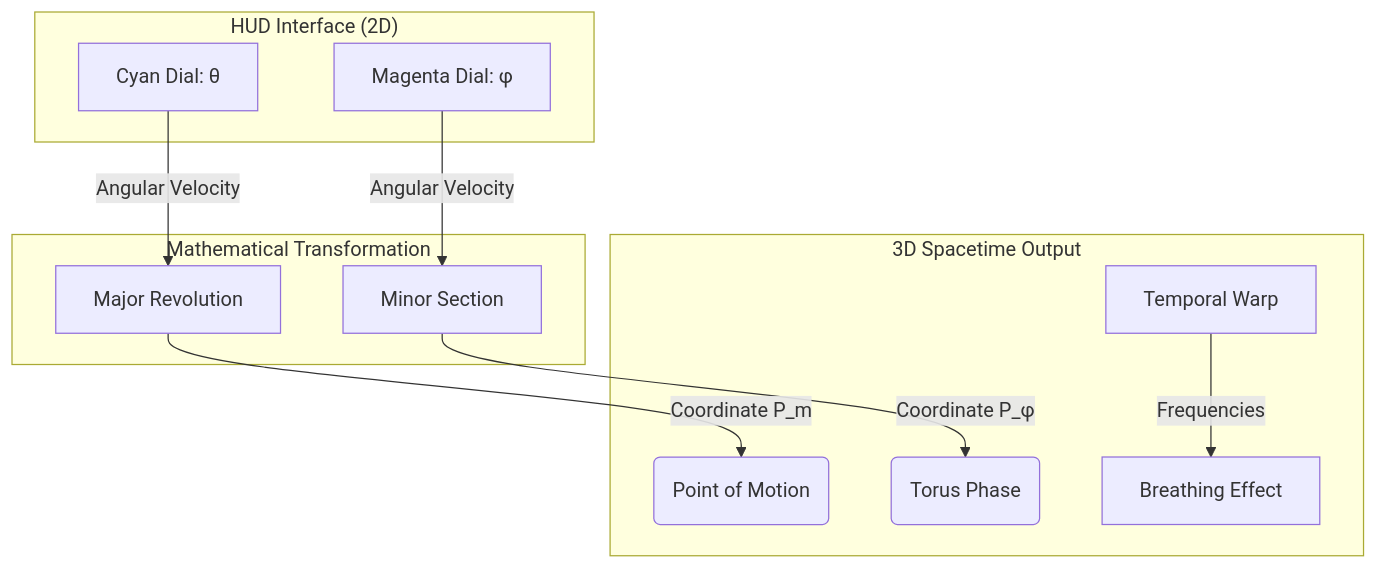
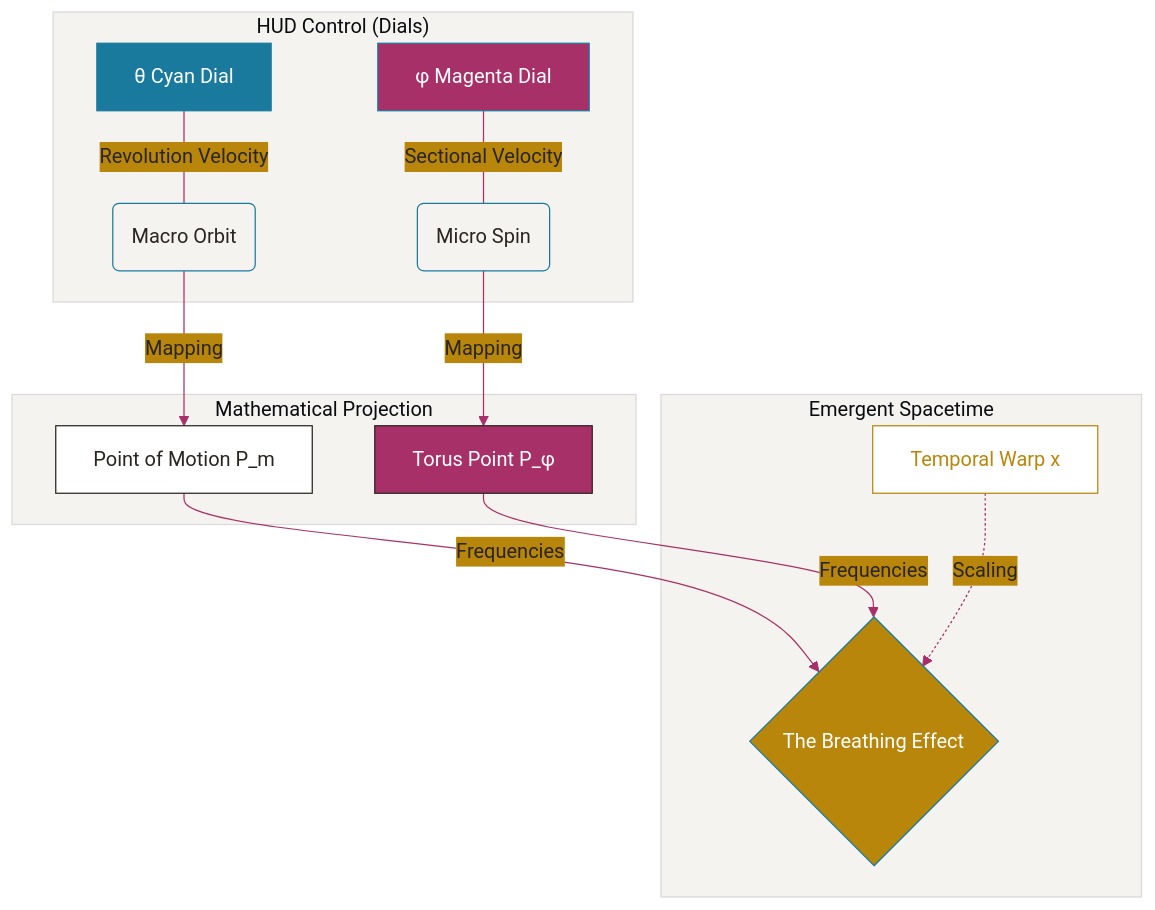
One commit to myquanternet/The-Breathing-Universe changed the diagram in README.md. Above: the diagram before and after it, drawn with Mermaid. The commit also changed other lines of this file, not shown here.

Commit message:
📊 Refine README concepts with styled diagrams and LaTeX equations

````diff
--- a/README.md
+++ b/README.md
@@ -12,18 +14,25 @@
 ```mermaid
+%%{init: {'theme': 'base', 'themeVariables': { 'primaryColor': '#f5f3ef', 'primaryTextColor': '#2a2520', 'primaryBorderColor': '#1a7a9e', 'lineColor': '#a83068', 'secondaryColor': '#b8860b', 'tertiaryColor': '#f5f3ef'}}}%%
 graph TD
-    subgraph "HUD Interface (2D)"
-        HUD_Theta[Cyan Dial: θ]
-        HUD_Phi[Magenta Dial: φ]
+    subgraph "HUD Control (Dials)"
+        T[θ Cyan Dial] ---|Revolution Velocity| R(Macro Orbit)
+        P[φ Magenta Dial] ---|Sectional Velocity| S(Micro Spin)
     end
 
-    subgraph "Mathematical Transformation"
-        HUD_Theta -->|Angular Velocity| Orbit_Macro[Major Revolution]
-        HUD_Phi -->|Angular Velocity| Orbit_Micro[Minor Section]
+    subgraph "Mathematical Projection"
+        R -->|Mapping| Pm[Point of Motion P_m]
+        S -->|Mapping| Pphi[Torus Point P_φ]
     end
 
-    subgraph "3D Spacetime Output"
-        Orbit_Macro -->|Coordinate P_m| WhitePoint(Point of Motion)
-        Orbit_Micro -->|Coordinate P_φ| PinkPoint(Torus Phase)
-        Warp[Temporal Warp] -->|Frequencies| Interaction[Breathing Effect]
+    subgraph "Emergent Spacetime"
+        Pm & Pphi -->|Frequencies| B{The Breathing Effect}
+        W[Temporal Warp x] -.->|Scaling| B
     end
+
+    style T fill:#1a7a9e,color:#fff
+    style P fill:#a83068,color:#fff
+    style Pm fill:#fff,stroke:#2a2520,color:#2a2520
+    style Pphi fill:#a83068,stroke:#2a2520,color:#fff
+    style B fill:#b8860b,color:#fff
+    style W fill:#fff,stroke:#b8860b,color:#b8860b
 ```
````
